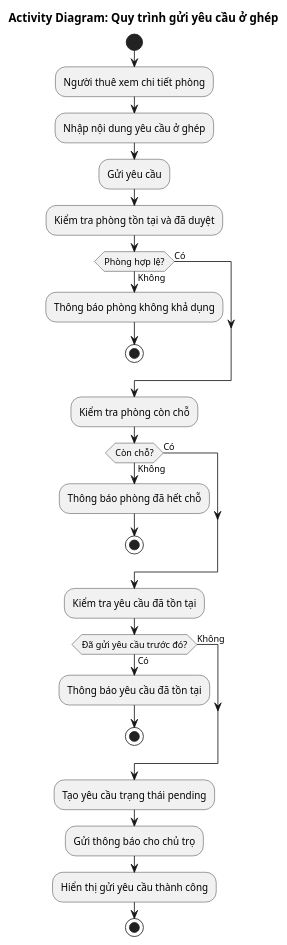
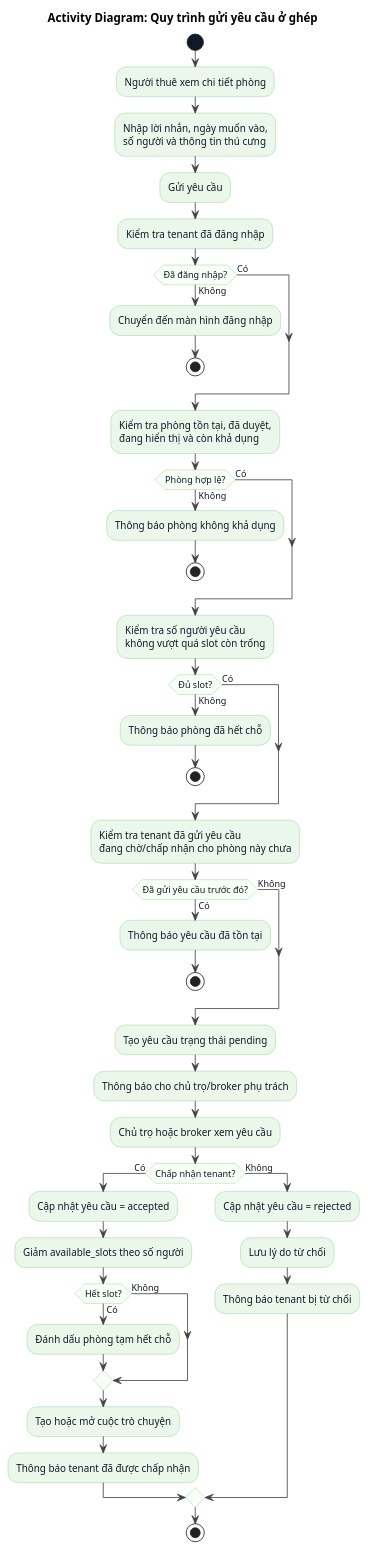
The diagram in PlantUML/Activity/TenantRoommateRequestActivity.plantuml (kinhon11/roommatch), drawn with PlantUML before and after one commit. The commit also changed 10 other files, not shown here.

Commit message:
Update PlantUML business workflow diagrams

```diff
--- a/PlantUML/Activity/TenantRoommateRequestActivity.plantuml
+++ b/PlantUML/Activity/TenantRoommateRequestActivity.plantuml
@@ -1,35 +1,75 @@
 @startuml
 title Activity Diagram: Quy trình gửi yêu cầu ở ghép
 
+skinparam shadowing false
+skinparam defaultFontName Arial
+skinparam activity {
+  BackgroundColor #EAF7EA
+  BorderColor #8BC58B
+  FontColor #111827
+  DiamondBackgroundColor #F7FFF7
+  DiamondBorderColor #8BC58B
+  StartColor #111827
+  EndColor #111827
+  BarColor #111827
+}
+skinparam arrow {
+  Color #444444
+  FontColor #111827
+}
+
 start
 :Người thuê xem chi tiết phòng;
-:Nhập nội dung yêu cầu ở ghép;
+:Nhập lời nhắn, ngày muốn vào,\nsố người và thông tin thú cưng;
 :Gửi yêu cầu;
 
-:Kiểm tra phòng tồn tại và đã duyệt;
+:Kiểm tra tenant đã đăng nhập;
+if (Đã đăng nhập?) then (Không)
+  :Chuyển đến màn hình đăng nhập;
+  stop
+else (Có)
+endif
+
+:Kiểm tra phòng tồn tại, đã duyệt,\nđang hiển thị và còn khả dụng;
 if (Phòng hợp lệ?) then (Không)
   :Thông báo phòng không khả dụng;
   stop
 else (Có)
 endif
 
-:Kiểm tra phòng còn chỗ;
-if (Còn chỗ?) then (Không)
+:Kiểm tra số người yêu cầu\nkhông vượt quá slot còn trống;
+if (Đủ slot?) then (Không)
   :Thông báo phòng đã hết chỗ;
   stop
 else (Có)
 endif
 
-:Kiểm tra yêu cầu đã tồn tại;
+:Kiểm tra tenant đã gửi yêu cầu\nđang chờ/chấp nhận cho phòng này chưa;
 if (Đã gửi yêu cầu trước đó?) then (Có)
   :Thông báo yêu cầu đã tồn tại;
   stop
 else (Không)
 endif
 
 :Tạo yêu cầu trạng thái pending;
-:Gửi thông báo cho chủ trọ;
-:Hiển thị gửi yêu cầu thành công;
+:Thông báo cho chủ trọ/broker phụ trách;
+
+:Chủ trọ hoặc broker xem yêu cầu;
+if (Chấp nhận tenant?) then (Có)
+  :Cập nhật yêu cầu = accepted;
+  :Giảm available_slots theo số người;
+  if (Hết slot?) then (Có)
+    :Đánh dấu phòng tạm hết chỗ;
+  else (Không)
+  endif
+  :Tạo hoặc mở cuộc trò chuyện;
+  :Thông báo tenant đã được chấp nhận;
+else (Không)
+  :Cập nhật yêu cầu = rejected;
+  :Lưu lý do từ chối;
+  :Thông báo tenant bị từ chối;
+endif
+
 stop
 
 @enduml
```
